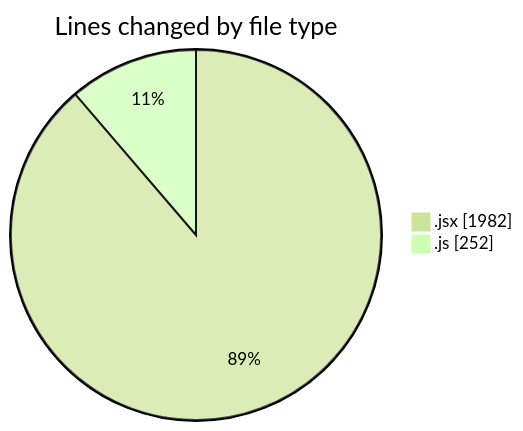
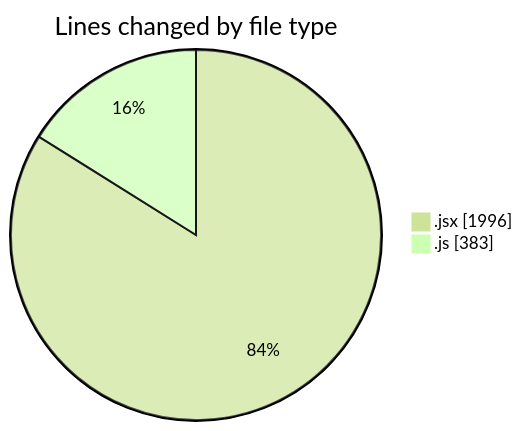
One commit to nxtqubesakshisongat/code-tracking changed the first of 2 diagrams in 2025-10-13/nxtqube_webapp/README.md. Above: the diagram before and after it, drawn with Mermaid (forest theme). The commit also changed other lines of this file and 1 other file, not shown here.

````diff
--- a/2025-10-13/nxtqube_webapp/README.md
+++ b/2025-10-13/nxtqube_webapp/README.md
@@ -22,6 +22,6 @@
 ```mermaid
 pie showData
 title Lines changed by file type
-".jsx" : 1982
-".js" : 252
+".jsx" : 1996
+".js" : 383
 ```
````
